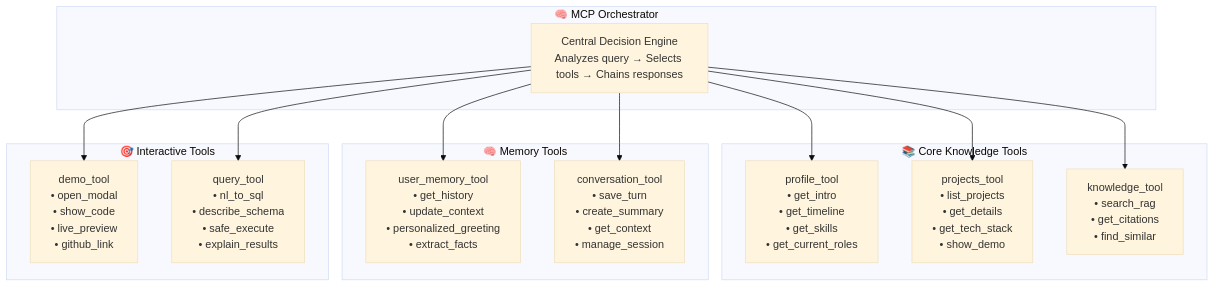
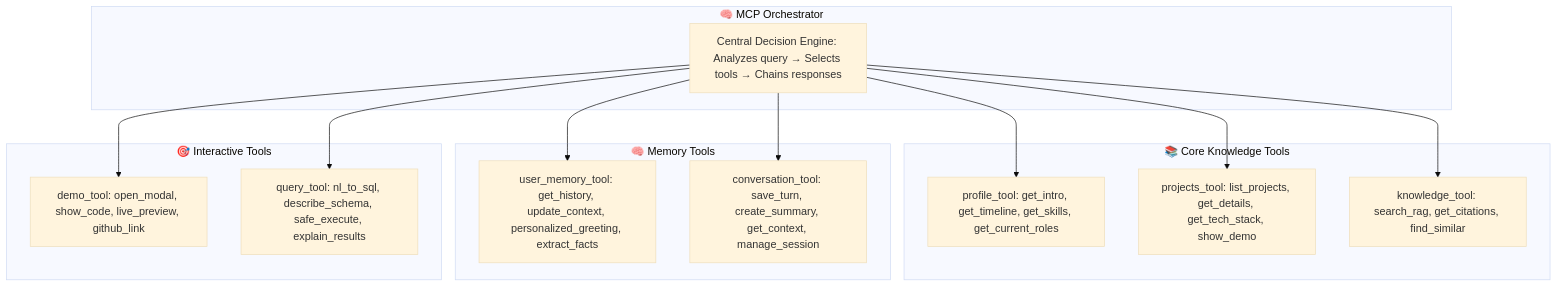
The fifth of 8 diagrams in README.md (LSG-hub/Project-001), drawn with Mermaid (base theme) before and after one commit. The commit also changed other lines of this file, not shown here.

````diff
--- a/README.md
+++ b/README.md
@@ -354,30 +348,30 @@
 ```mermaid
 graph TB
     subgraph Orchestrator["🧠 MCP Orchestrator"]
-        Engine[Central Decision Engine<br/>Analyzes query → Selects tools → Chains responses]
+        Engine["Central Decision Engine: Analyzes query → Selects tools → Chains responses"]
     end
     
     subgraph Core["📚 Core Knowledge Tools"]
-        ProfileTool[profile_tool<br/>• get_intro<br/>• get_timeline<br/>• get_skills<br/>• get_current_roles]
-        ProjectsTool[projects_tool<br/>• list_projects<br/>• get_details<br/>• get_tech_stack<br/>• show_demo]
-        KnowledgeTool[knowledge_tool<br/>• search_rag<br/>• get_citations<br/>• find_similar]
+        ProfileTool["profile_tool: get_intro, get_timeline, get_skills, get_current_roles"]
+        ProjectsTool["projects_tool: list_projects, get_details, get_tech_stack, show_demo"]
+        KnowledgeTool["knowledge_tool: search_rag, get_citations, find_similar"]
     end
     
     subgraph Memory["🧠 Memory Tools"]
-        UserMemoryTool[user_memory_tool<br/>• get_history<br/>• update_context<br/>• personalized_greeting<br/>• extract_facts]
-        ConversationTool[conversation_tool<br/>• save_turn<br/>• create_summary<br/>• get_context<br/>• manage_session]
+        UserMemoryTool["user_memory_tool: get_history, update_context, personalized_greeting, extract_facts"]
+        ConversationTool["conversation_tool: save_turn, create_summary, get_context, manage_session"]
     end
     
     subgraph Interactive["🎯 Interactive Tools"]
-        DemoTool[demo_tool<br/>• open_modal<br/>• show_code<br/>• live_preview<br/>• github_link]
-        QueryTool[query_tool<br/>• nl_to_sql<br/>• describe_schema<br/>• safe_execute<br/>• explain_results]
+        DemoTool["demo_tool: open_modal, show_code, live_preview, github_link"]
+        QueryTool["query_tool: nl_to_sql, describe_schema, safe_execute, explain_results"]
     end
     
     Engine --> ProfileTool
     Engine --> ProjectsTool
     Engine --> KnowledgeTool
     Engine --> UserMemoryTool
     Engine --> ConversationTool
     Engine --> DemoTool
     Engine --> QueryTool
 ```
````
